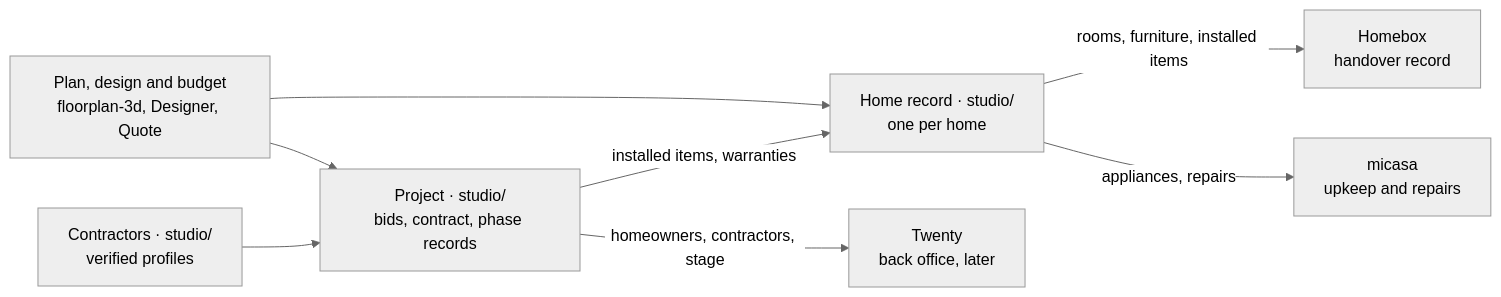
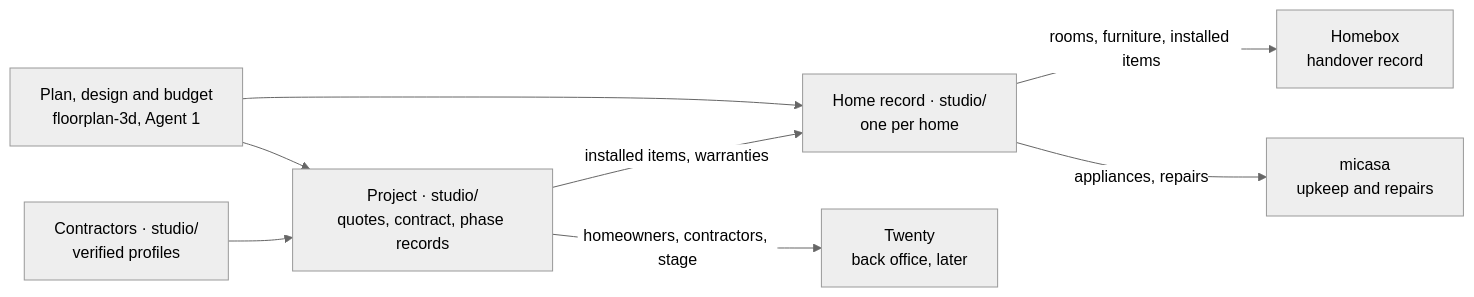
The fourth of 4 diagrams in WORKFLOW.md (kakssjs/3dfangwu), drawn with Mermaid (neutral theme) before and after one commit. The commit also changed other lines of this file and 31 other files, not shown here.

````diff
--- a/WORKFLOW.md
+++ b/WORKFLOW.md
@@ -892,10 +913,10 @@
 ```mermaid
 flowchart LR
-    F["Plan, design and budget<br/>floorplan-3d, Designer, Quote"] --> H["Home record · studio/<br/>one per home"]
-    F --> O["Project · studio/<br/>bids, contract, phase records"]
+    F["Plan, design and budget<br/>floorplan-3d, Agent 1"] --> H["Home record · studio/<br/>one per home"]
+    F --> O["Project · studio/<br/>quotes, contract, phase records"]
     K["Contractors · studio/<br/>verified profiles"] --> O
     O -->|installed items, warranties| H
     H -->|rooms, furniture, installed items| B["Homebox<br/>handover record"]
     H -->|appliances, repairs| M["micasa<br/>upkeep and repairs"]
     O -->|homeowners, contractors, stage| T["Twenty<br/>back office, later"]
 ```
````
